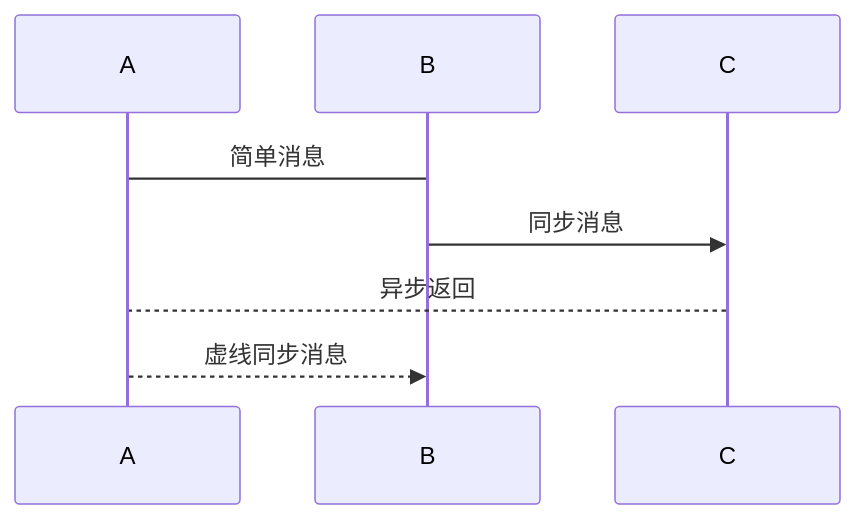
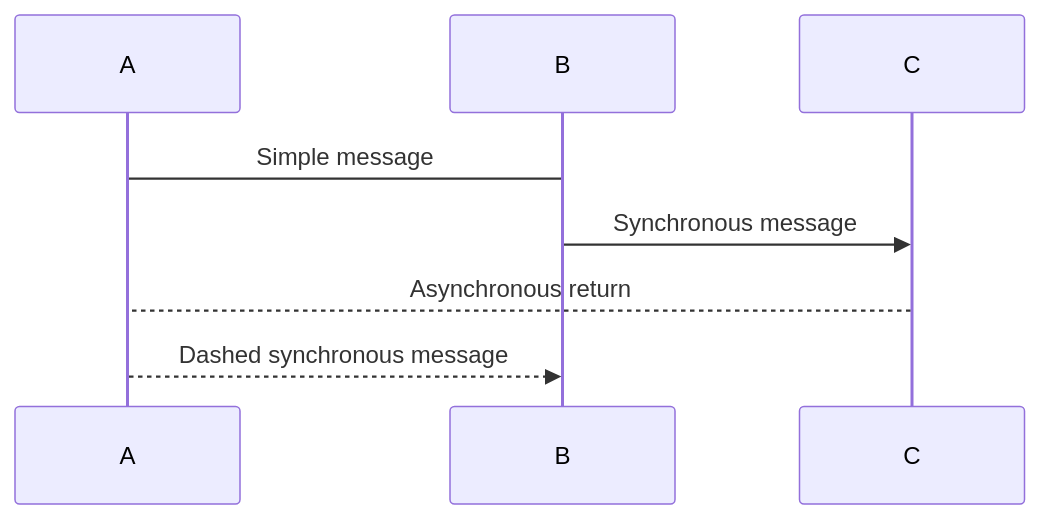
The fourth of 5 diagrams in md2visio/test/sequence.md (sleetish/md2visio-gui), drawn with Mermaid before and after one commit. The commit also changed other lines of this file and 11 other files, not shown here.

````diff
--- a/md2visio/test/sequence.md
+++ b/md2visio/test/sequence.md
@@ -75,11 +75,11 @@
 ```mermaid
 sequenceDiagram
     participant A
     participant B
     participant C
 
-    A->B: 简单消息
-    B->>C: 同步消息
-    C-->A: 异步返回
-    A-->>B: 虚线同步消息
+    A->B: Simple message
+    B->>C: Synchronous message
+    C-->A: Asynchronous return
+    A-->>B: Dashed synchronous message
 ```
````
